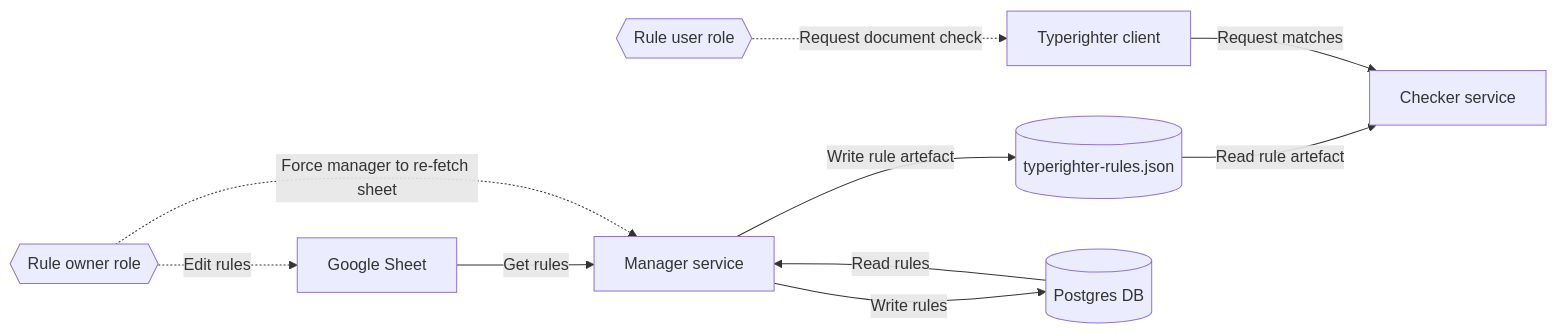
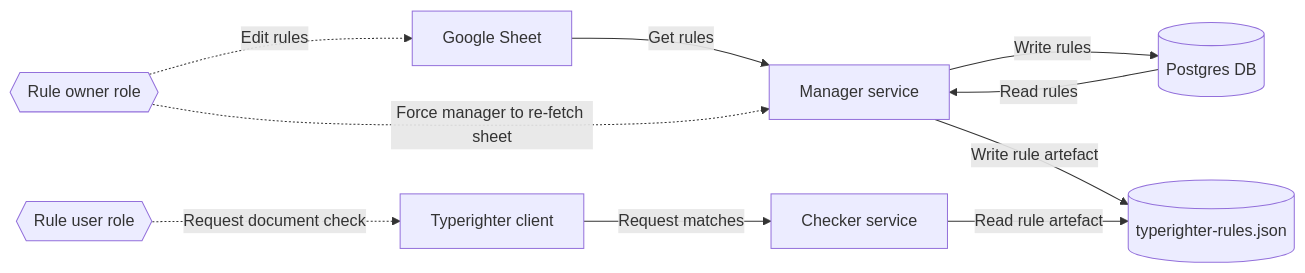
Before and after one commit to guardian/typerighter: the diagram in README.md, drawn with Mermaid.

Commit message:
Redirect checker-> s3 arrow

````diff
--- a/README.md
+++ b/README.md
@@ -33,22 +33,22 @@
 ```mermaid
 flowchart LR
   checker[Checker service]
   manager[Manager service]
   sheet[Google Sheet]
   client[Typerighter client]
   s3[(typerighter-rules.json)]
   db[(Postgres DB)]
   owner{{Rule owner role}}
   user{{Rule user role}}
 
   sheet--"Get rules"-->manager
   manager--"Write rules"-->db
   db--"Read rules"--> manager
   manager--"Write rule artefact"-->s3
-  s3--"Read rule artefact"-->checker
+  checker--"Read rule artefact"-->s3
   client--"Request matches"-->checker
 
   owner-."Force manager to re-fetch sheet".->manager
   user-."Request document check".->client
   owner-."Edit rules".->sheet
 ```
````
